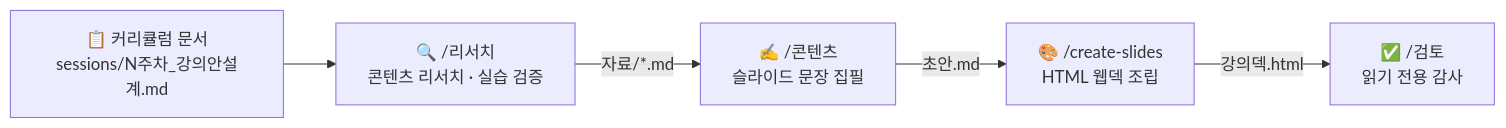
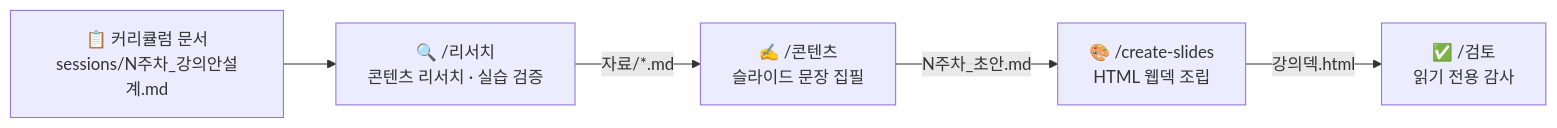
Before and after one commit to SKUnohtaekyung/lecture-deck-pipeline: the diagram in README.md, drawn with Mermaid. The commit also changed other lines of this file and 16 other files, not shown here.

````diff
--- a/README.md
+++ b/README.md
@@ -78,7 +78,7 @@
 ```mermaid
 flowchart LR
     A["📋 커리큘럼 문서\nsessions/N주차_강의안설계.md"] --> B["🔍 /리서치\n콘텐츠 리서치 · 실습 검증"]
     B -->|"자료/*.md"| C["✍️ /콘텐츠\n슬라이드 문장 집필"]
-    C -->|"초안.md"| D["🎨 /create-slides\nHTML 웹덱 조립"]
+    C -->|"N주차_초안.md"| D["🎨 /create-slides\nHTML 웹덱 조립"]
     D -->|"강의덱.html"| E["✅ /검토\n읽기 전용 감사"]
 ```
````
